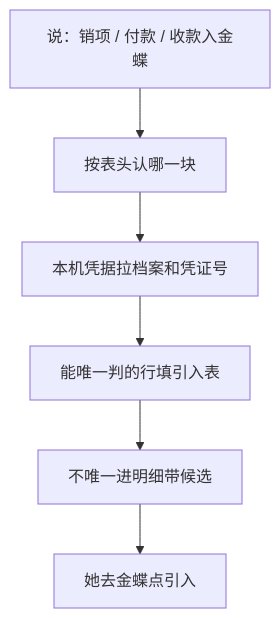
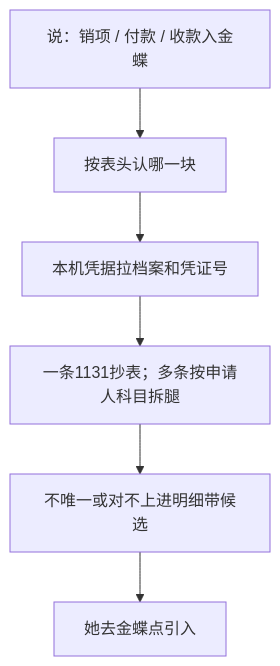
One commit to EvanLee2004/finance-skills changed the diagram in skills/kingdee-posting/README.md. Above: the diagram before and after it, drawn with Mermaid. The commit also changed other lines of this file and 13 other files, not shown here.

````diff
--- a/skills/kingdee-posting/README.md
+++ b/skills/kingdee-posting/README.md
@@ -61,8 +61,8 @@
 ```mermaid
 flowchart TD
   A["说：销项 / 付款 / 收款入金蝶"] --> B["按表头认哪一块"]
   B --> C["本机凭据拉档案和凭证号"]
-  C --> D["能唯一判的行填引入表"]
-  D --> E["不唯一进明细带候选"]
+  C -->   D["一条1131抄表；多条按申请人科目拆腿"]
+  D --> E["不唯一或对不上进明细带候选"]
   E --> F["她去金蝶点引入"]
 ```
````
